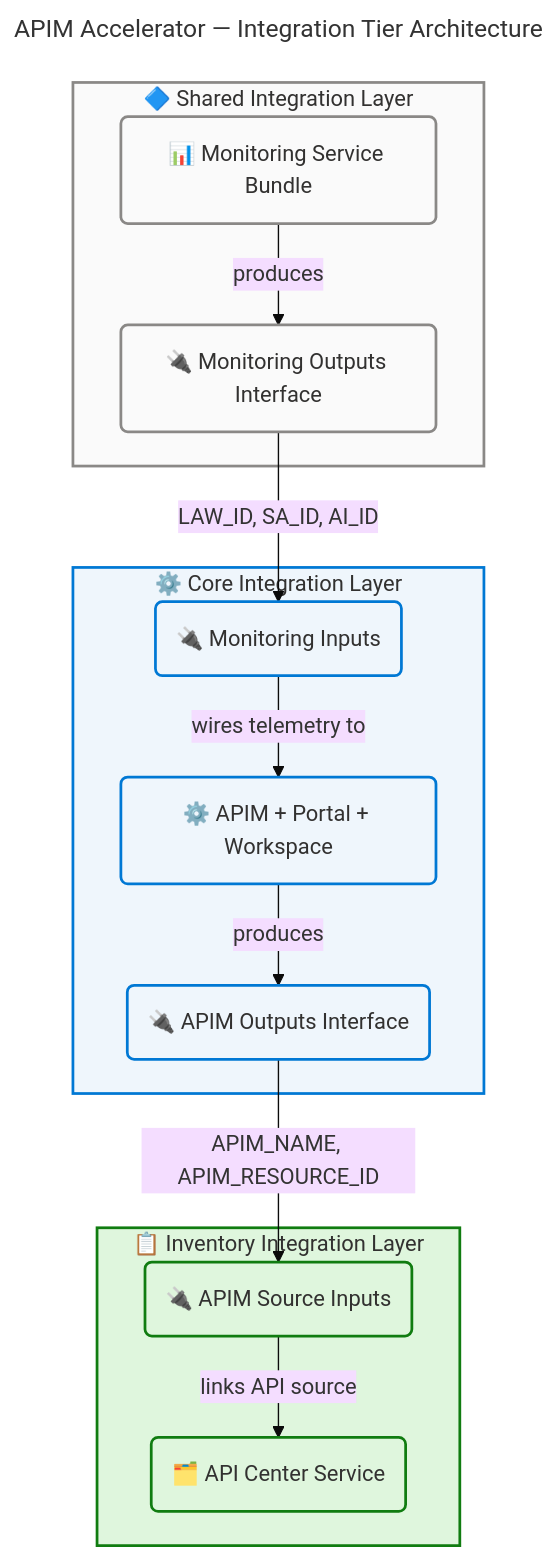
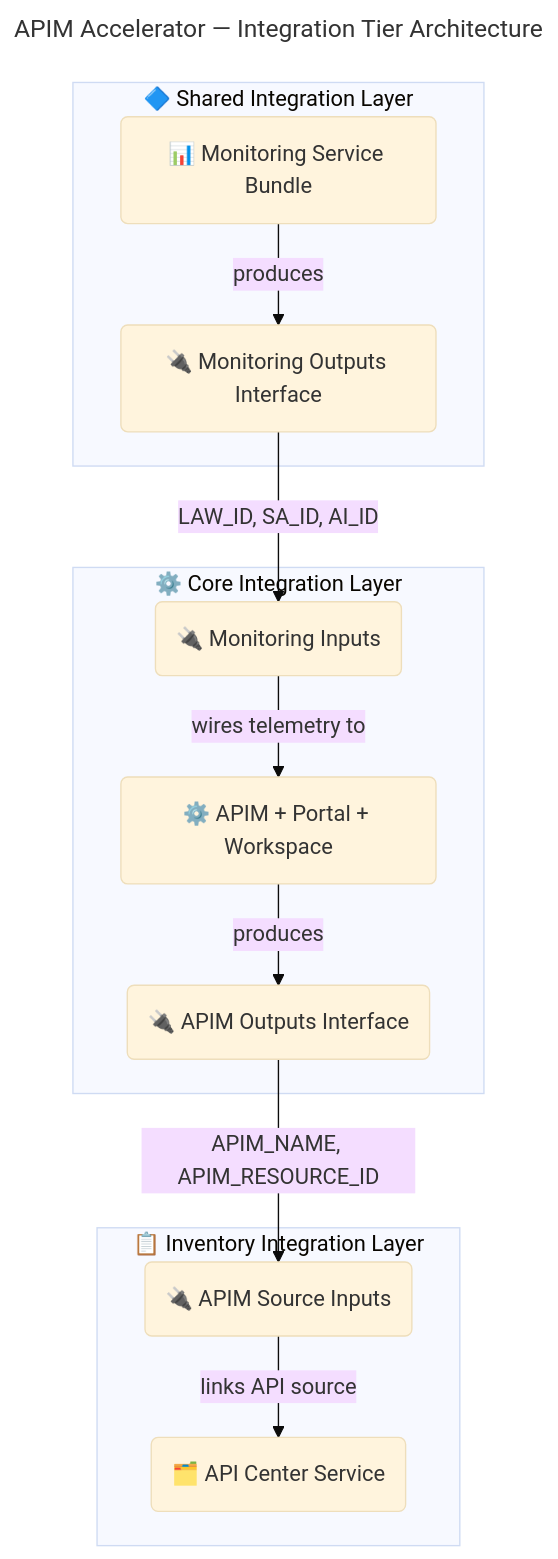
Before and after one commit to Evilazaro/APIM-Accelerator: the third of 8 diagrams in docs/architecture/application-architecture.md, drawn with Mermaid. The commit also changed other lines of this file and 2 other files, not shown here.

Commit message:
style: remove redundant comments and streamline flowchart styles for clarity in architecture documentation

````diff
--- a/docs/architecture/application-architecture.md
+++ b/docs/architecture/application-architecture.md
@@ -244,58 +209,41 @@
 ```mermaid
 ---
 title: "APIM Accelerator — Integration Tier Architecture"
 config:
   theme: base
   look: classic
   layout: dagre
   themeVariables:
     fontSize: '16px'
   flowchart:
     htmlLabels: true
 ---
 flowchart TB
     accTitle: APIM Accelerator Integration Tier Architecture
     accDescr: Three-tier integration architecture showing Shared monitoring layer Core API Management layer and Inventory layer with their interface connections and output chaining dependencies
-
-    %% ═══════════════════════════════════════════════════════════════════════════
-    %% AZURE / FLUENT ARCHITECTURE PATTERN v1.1
-    %% (Semantic + Structural + Font + Accessibility Governance)
-    %% ═══════════════════════════════════════════════════════════════════════════
-    %% PHASE 1 - FLUENT UI: All styling uses approved Fluent UI palette only
-    %% PHASE 2 - GROUPS: Every subgraph has semantic color via style directive
-    %% PHASE 3 - COMPONENTS: Every node has semantic classDef + icon prefix
-    %% PHASE 4 - ACCESSIBILITY: accTitle/accDescr present, WCAG AA contrast
-    %% PHASE 5 - STANDARD: Governance block present, classDefs centralized
-    %% ═══════════════════════════════════════════════════════════════════════════
 
     subgraph SHARED_INT["🔷 Shared Integration Layer"]
         SH_SVC("📊 Monitoring Service Bundle"):::neutral
         SH_OUT("🔌 Monitoring Outputs Interface"):::neutral
     end
 
     subgraph CORE_INT["⚙️ Core Integration Layer"]
         CO_IN("🔌 Monitoring Inputs"):::core
         CO_SVC("⚙️ APIM + Portal + Workspace"):::core
         CO_OUT("🔌 APIM Outputs Interface"):::core
     end
 
     subgraph INV_INT["📋 Inventory Integration Layer"]
         INV_IN("🔌 APIM Source Inputs"):::success
         INV_SVC("🗂️ API Center Service"):::success
     end
 
     SH_SVC -->|"produces"| SH_OUT
     SH_OUT -->|"LAW_ID, SA_ID, AI_ID"| CO_IN
     CO_IN -->|"wires telemetry to"| CO_SVC
     CO_SVC -->|"produces"| CO_OUT
     CO_OUT -->|"APIM_NAME, APIM_RESOURCE_ID"| INV_IN
     INV_IN -->|"links API source"| INV_SVC
 
-    classDef neutral fill:#FAFAFA,stroke:#8A8886,stroke-width:2px,color:#323130
-    classDef core fill:#EFF6FC,stroke:#0078D4,stroke-width:2px,color:#323130
-    classDef success fill:#DFF6DD,stroke:#107C10,stroke-width:2px,color:#323130
 
-    style SHARED_INT fill:#FAFAFA,stroke:#8A8886,stroke-width:2px,color:#323130
-    style CORE_INT fill:#EFF6FC,stroke:#0078D4,stroke-width:2px,color:#323130
-    style INV_INT fill:#DFF6DD,stroke:#107C10,stroke-width:2px,color:#323130
 ```
````
